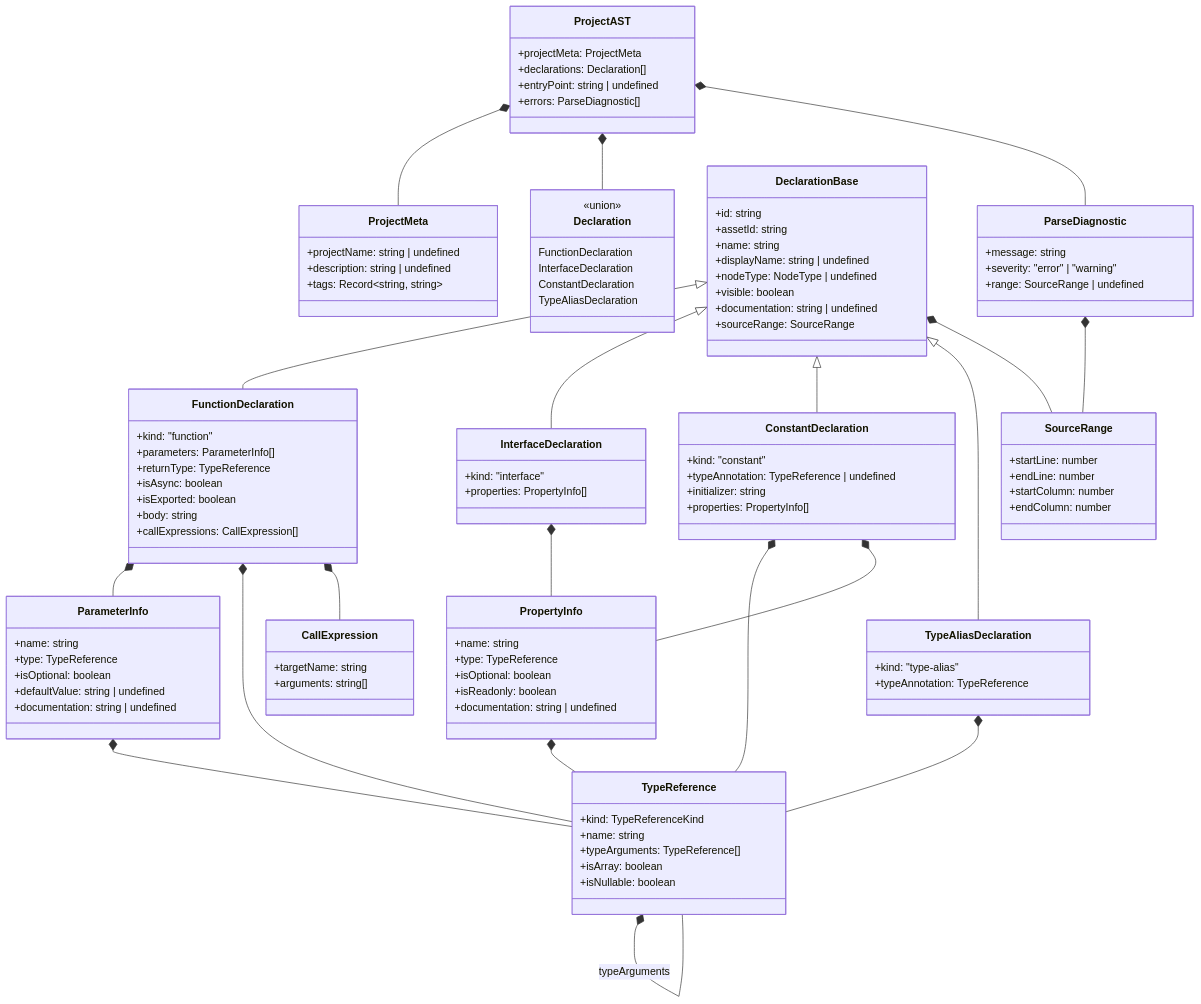
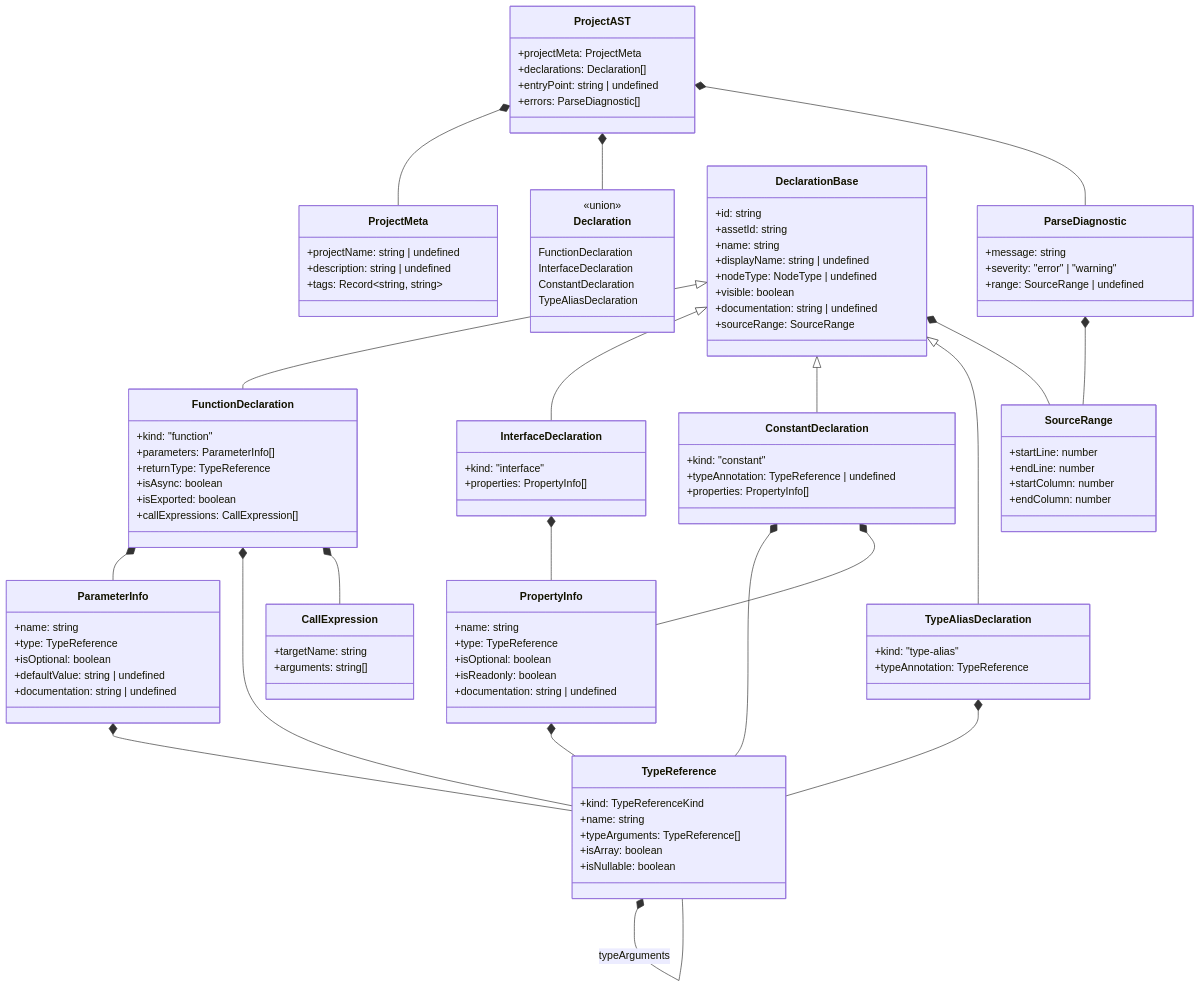
One commit to rimvydasb/open-modeler-ts changed the second of 5 diagrams in docs/03-AST-PARSING.md. Above: the diagram before and after it, drawn with Mermaid. The commit also changed other lines of this file and 2 other files, not shown here.

Commit message:
refactor architecture documentation: rename ProjectAsset to ProjectAssetMeta and update related references for clarity

```diff
--- a/docs/03-AST-PARSING.md
+++ b/docs/03-AST-PARSING.md
@@ -123,7 +123,6 @@
         +returnType: TypeReference
         +isAsync: boolean
         +isExported: boolean
-        +body: string
         +callExpressions: CallExpression[]
     }
 
@@ -135,7 +134,6 @@
     class ConstantDeclaration {
         +kind: "constant"
         +typeAnnotation: TypeReference | undefined
-        +initializer: string
         +properties: PropertyInfo[]
     }
 
```
